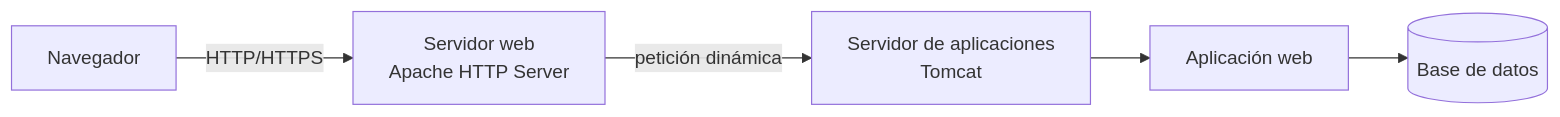
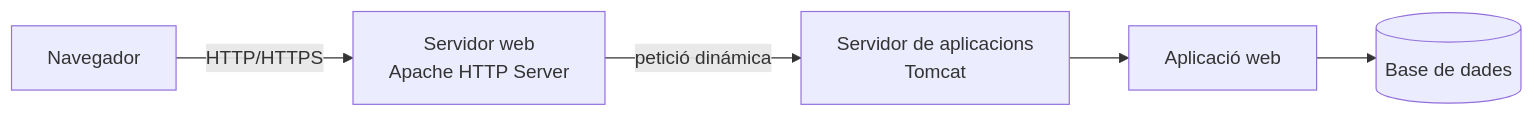
Before and after one commit to jordicido/jordicina: the first of 5 diagrams in docs/daw-daw/up3/01-servidor-aplicaciones.md, drawn with Mermaid. The commit also changed other lines of this file and 10 other files, not shown here.

````diff
--- a/docs/daw-daw/up3/01-servidor-aplicaciones.md
+++ b/docs/daw-daw/up3/01-servidor-aplicaciones.md
@@ -98,7 +98,7 @@
 ```mermaid
 flowchart LR
     U["Navegador"] -->|HTTP/HTTPS| W["Servidor web<br/>Apache HTTP Server"]
-    W -->|petición dinámica| A["Servidor de aplicaciones<br/>Tomcat"]
-    A --> APP["Aplicación web"]
-    APP --> DB[("Base de datos")]
+    W -->|petició dinámica| A["Servidor de aplicacions<br/>Tomcat"]
+    A --> APP["Aplicació web"]
+    APP --> DB[("Base de dades")]
 ```
````
